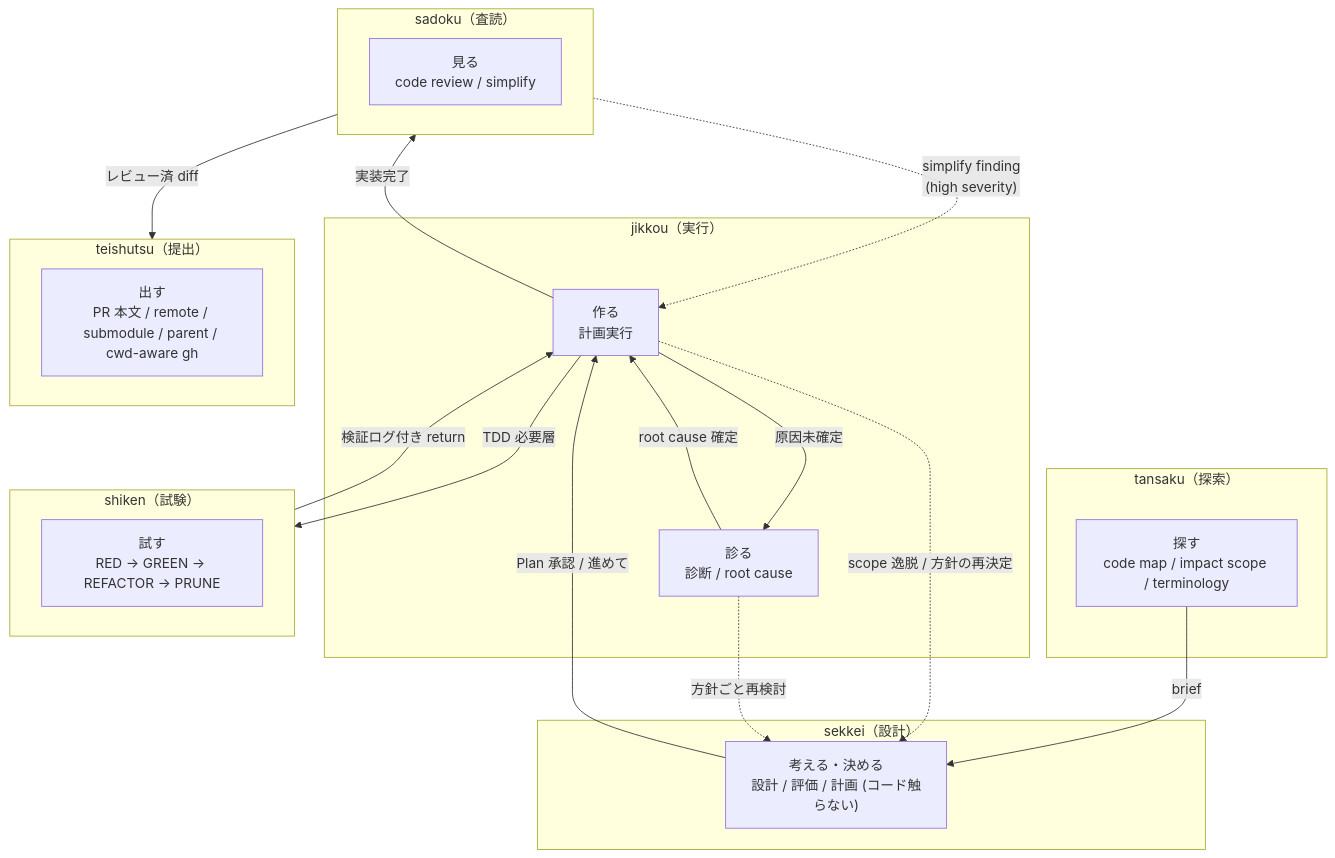
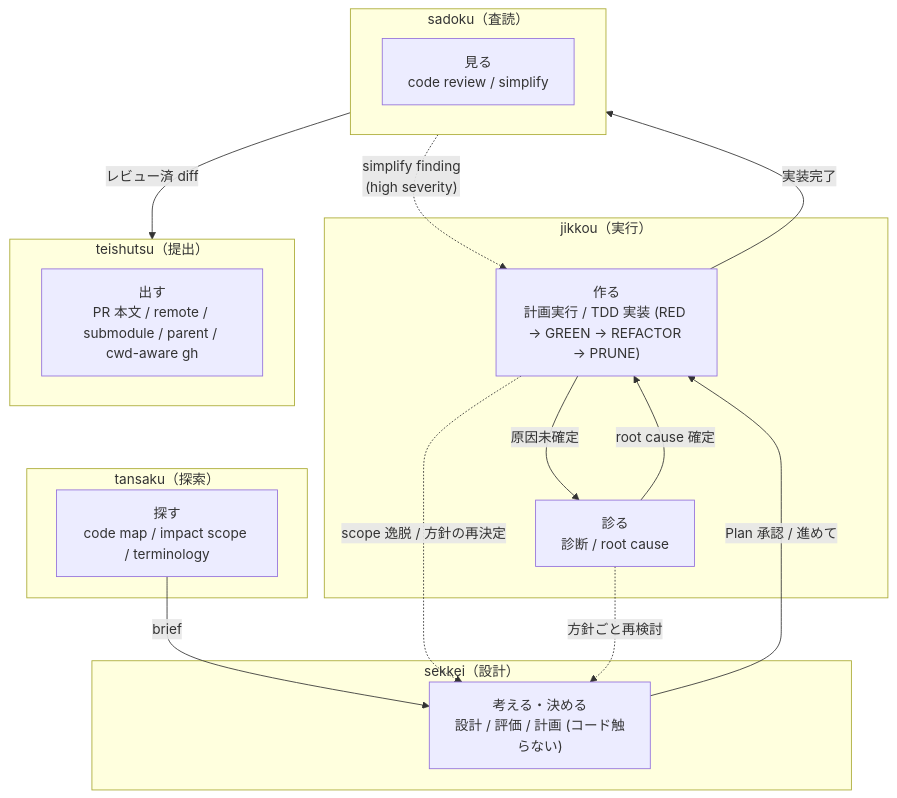
One commit to hayashiii-ghub/hikizan changed the first of 6 diagrams in docs/workflow.md. Above: the diagram before and after it, drawn with Mermaid. The commit also changed other lines of this file and 27 other files, not shown here.

First line of the commit message:
refactor: fold shiken into jikkou's TDD mode, drop post-commit hook (#82)

````diff
--- a/docs/workflow.md
+++ b/docs/workflow.md
@@ -34,34 +34,29 @@
 ```mermaid
 flowchart TB
   subgraph EXPLORE["tansaku（探索）"]
     T["探す<br/>code map / impact scope / terminology"]
   end
   subgraph DESIGN["sekkei（設計）"]
     K["考える・決める<br/>設計 / 評価 / 計画 (コード触らない)"]
   end
   subgraph EXEC["jikkou（実行）"]
-    J["作る<br/>計画実行"]
+    J["作る<br/>計画実行 / TDD 実装 (RED → GREEN → REFACTOR → PRUNE)"]
     JD["診る<br/>診断 / root cause"]
-  end
-  subgraph TEST["shiken（試験）"]
-    S["試す<br/>RED → GREEN → REFACTOR → PRUNE"]
   end
   subgraph REVIEW["sadoku（査読）"]
     R["見る<br/>code review / simplify"]
   end
   subgraph SUBMIT["teishutsu（提出）"]
     M["出す<br/>PR 本文 / remote / submodule / parent / cwd-aware gh"]
   end
 
   T -->|"brief"| K
   K -->|"Plan 承認 / 進めて"| J
   J -->|"原因未確定"| JD
   JD -->|"root cause 確定"| J
   J -.->|"scope 逸脱 / 方針の再決定"| K
   JD -.->|"方針ごと再検討"| K
-  J -->|"TDD 必要層"| TEST
-  TEST -->|"検証ログ付き return"| J
   J -->|"実装完了"| REVIEW
   REVIEW -.->|"simplify finding<br/>(high severity)"| J
   REVIEW -->|"レビュー済 diff"| SUBMIT
 ```
````
